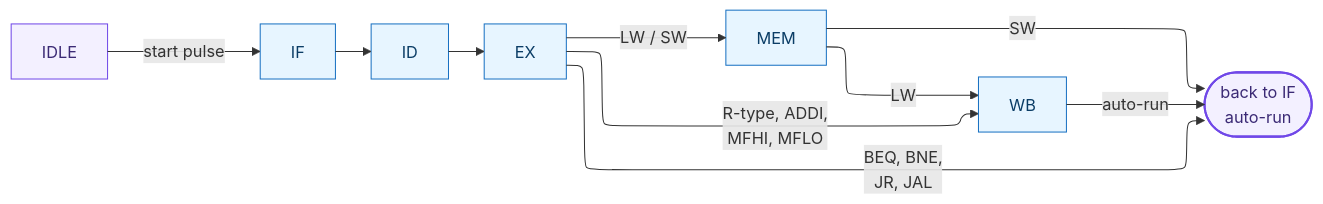
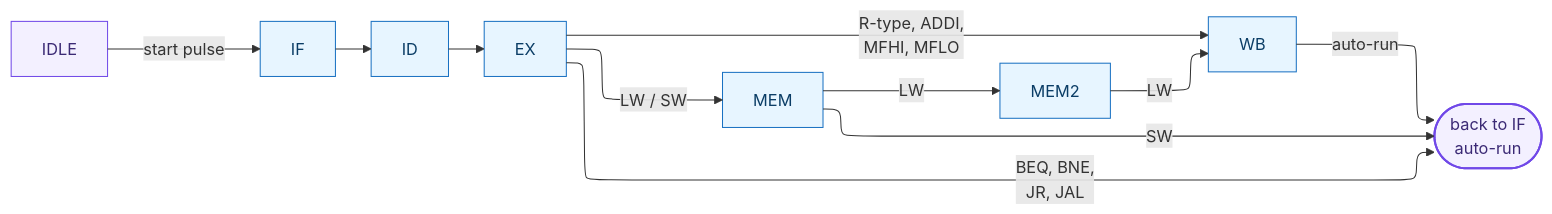
One commit to AtikRahat/mips-multi-cycle-cpu changed the third of 11 diagrams in ARCHITECTURE.md. Above: the diagram before and after it, drawn with Mermaid. The commit also changed other lines of this file and 100 other files, not shown here.

````diff
--- a/ARCHITECTURE.md
+++ b/ARCHITECTURE.md
@@ -231,25 +232,26 @@
 ```mermaid
 %%{init: {"flowchart": {"defaultRenderer": "elk"}} }%%
 flowchart LR
     IDLE["IDLE"] -->|start pulse| IF["IF"]
     IF --> ID["ID"]
     ID --> EX["EX"]
 
     EX -->|"R-type, ADDI,<br/>MFHI, MFLO"| WB["WB"]
     EX -->|"LW / SW"| MEM["MEM"]
     EX -->|"BEQ, BNE,<br/>JR, JAL"| NEXT
 
-    MEM -->|LW| WB
+    MEM -->|LW| MEM2["MEM2"]
     MEM -->|SW| NEXT
+    MEM2 -->|LW| WB
     WB -->|auto-run| NEXT
 
     NEXT(["back to IF<br/>auto-run"])
 
     classDef stage fill:#e7f5ff,stroke:#1971c2,color:#0b3d66
     classDef idle fill:#f3f0ff,stroke:#7048e8,color:#3b2a75
     classDef hub fill:#f3f0ff,stroke:#7048e8,color:#3b2a75,stroke-width:2px
 
     class IDLE idle
-    class IF,ID,EX,MEM,WB stage
+    class IF,ID,EX,MEM,MEM2,WB stage
     class NEXT hub
 ```
````
